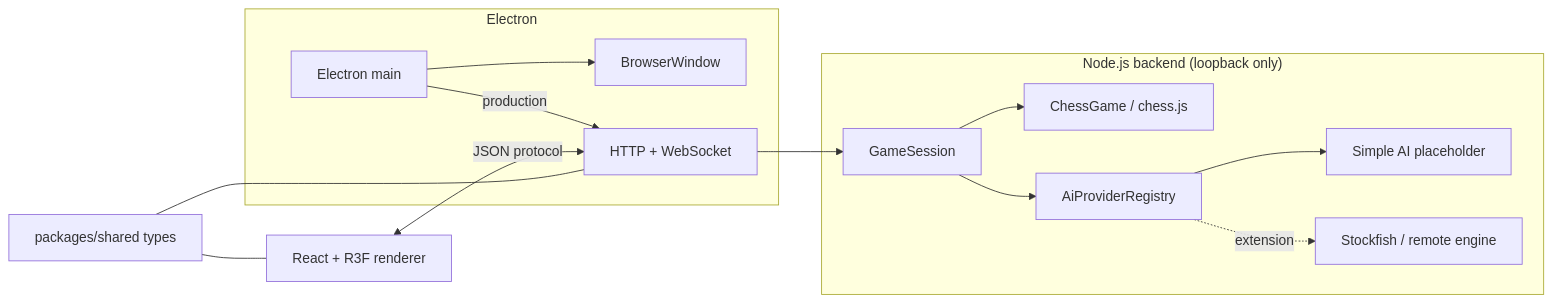
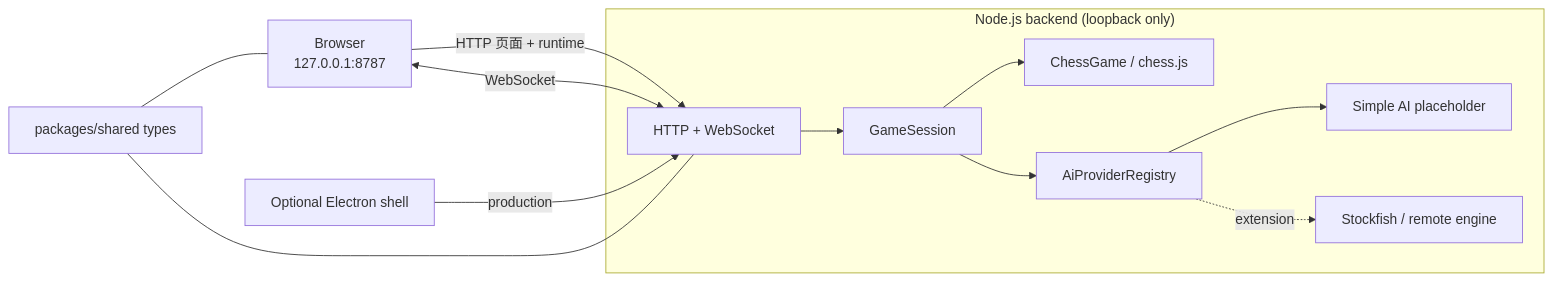
Before and after one commit to tianmingbuaa/electron-3d-chess: the diagram in README.md, drawn with Mermaid. The commit also changed other lines of this file and 14 other files, not shown here.

First line of the commit message:
feat: add browser-first local web mode

````diff
--- a/README.md
+++ b/README.md
@@ -135,17 +154,15 @@
 ```mermaid
 flowchart LR
-  subgraph Electron
-    Main[Electron main] --> Window[BrowserWindow]
-    Main -->|production| Server
-  end
+  Browser[Browser<br/>127.0.0.1:8787] -->|HTTP 页面 + runtime| Server
+  Browser <-->|WebSocket| Server
+  Desktop[Optional Electron shell] -->|production| Server
   subgraph Backend["Node.js backend (loopback only)"]
     Server[HTTP + WebSocket] --> Session[GameSession]
     Session --> Engine[ChessGame / chess.js]
     Session --> Registry[AiProviderRegistry]
     Registry --> Simple[Simple AI placeholder]
     Registry -. extension .-> Future[Stockfish / remote engine]
   end
-  Renderer[React + R3F renderer] <-->|JSON protocol| Server
-  Shared[packages/shared types] --- Renderer
+  Shared[packages/shared types] --- Browser
   Shared --- Server
 ```
````
